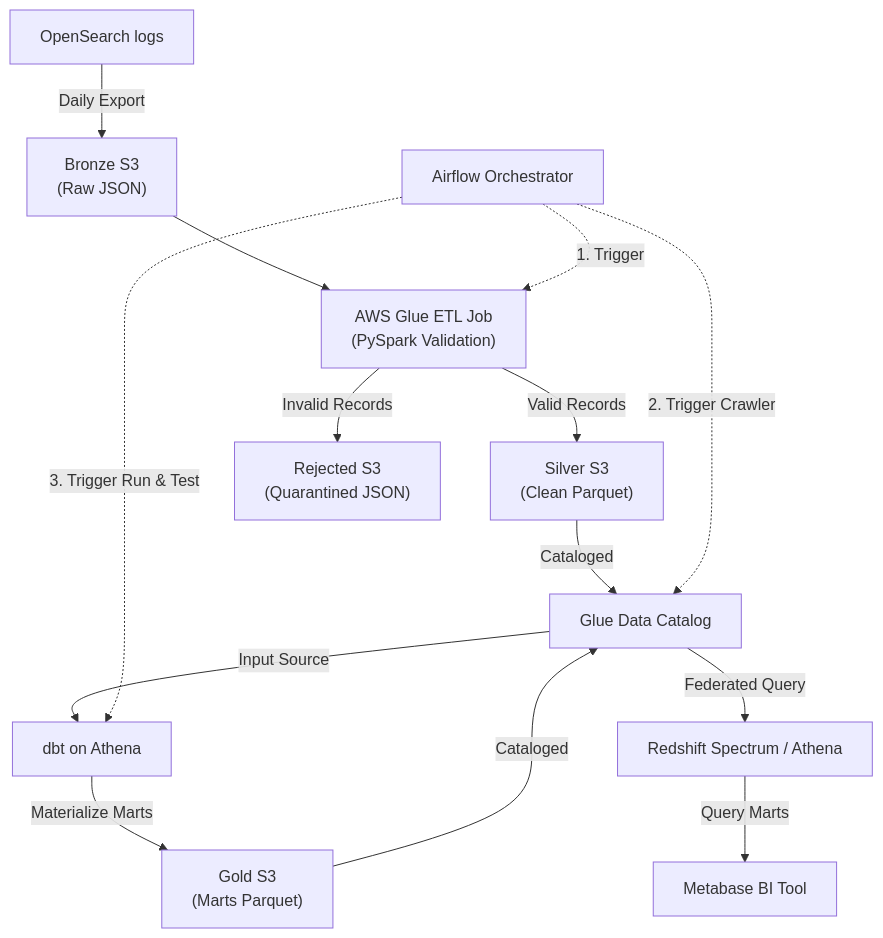
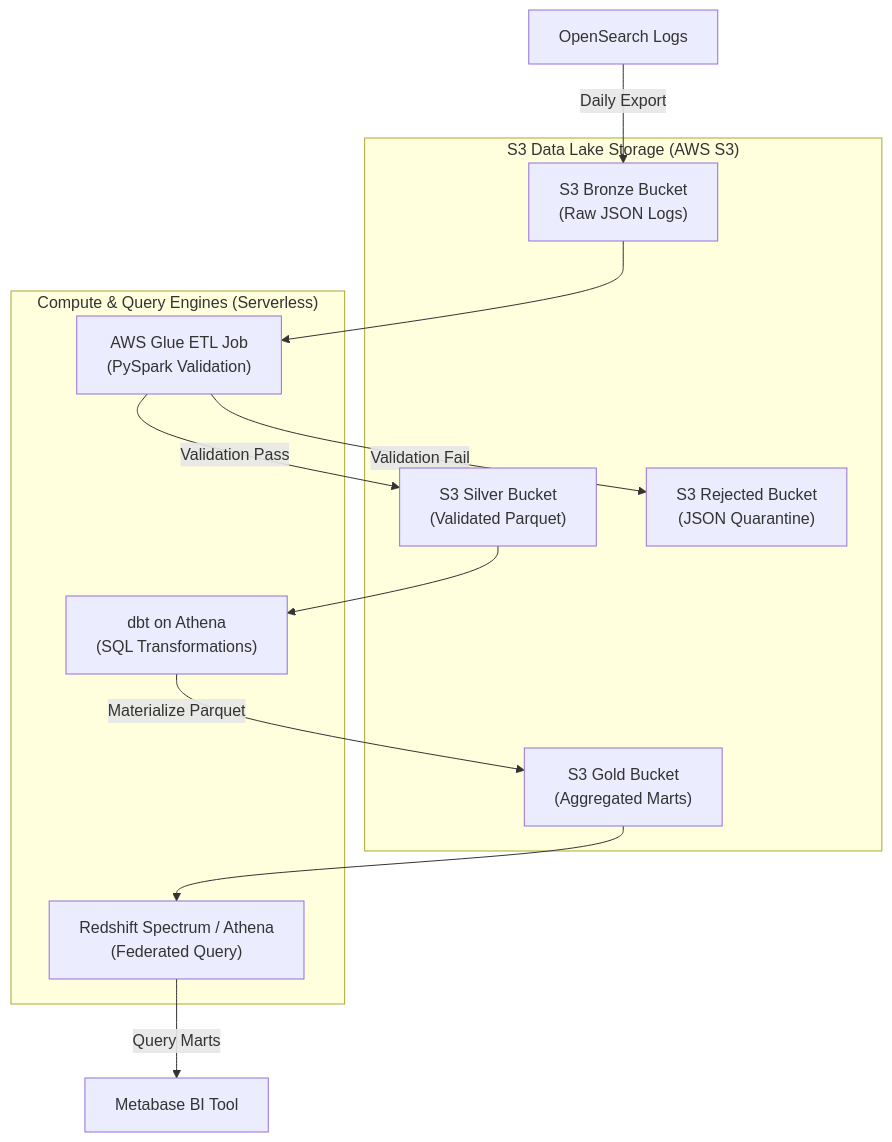
The diagram in README.md (npthinks/Studocu_poc), drawn with Mermaid before and after one commit. The commit also changed other lines of this file, not shown here.

Commit message:
Simplify Mermaid diagram to follow a strict linear top-to-bottom flow

````diff
--- a/README.md
+++ b/README.md
@@ -15,25 +15,31 @@
 ```mermaid
 graph TD
-    %% Source
-    OS["OpenSearch logs"] -->|Daily Export| Bronze["Bronze S3<br>(Raw JSON)"]
+    subgraph Storage_Layers ["S3 Data Lake Storage (AWS S3)"]
+        Bronze["S3 Bronze Bucket<br>(Raw JSON Logs)"]
+        Silver["S3 Silver Bucket<br>(Validated Parquet)"]
+        Gold["S3 Gold Bucket<br>(Aggregated Marts)"]
+        Rejected["S3 Rejected Bucket<br>(JSON Quarantine)"]
+    end
+
+    subgraph Compute_&_Query ["Compute & Query Engines (Serverless)"]
+        GlueETL["AWS Glue ETL Job<br>(PySpark Validation)"]
+        dbtAthena["dbt on Athena<br>(SQL Transformations)"]
+        QueryLayer["Redshift Spectrum / Athena<br>(Federated Query)"]
+    end
+
+    %% Ingestion to Bronze
+    OS["OpenSearch Logs"] -->|Daily Export| Bronze
     
-    %% Glue Validation
-    Bronze --> GlueETL["AWS Glue ETL Job<br>(PySpark Validation)"]
-    GlueETL -->|Valid Records| Silver["Silver S3<br>(Clean Parquet)"]
-    GlueETL -->|Invalid Records| Rejected["Rejected S3<br>(Quarantined JSON)"]
+    %% Bronze to Silver/Rejected via Glue
+    Bronze --> GlueETL
+    GlueETL -->|Validation Pass| Silver
+    GlueETL -->|Validation Fail| Rejected
     
-    %% Cataloging & dbt
-    Silver -->|Cataloged| Catalog["Glue Data Catalog"]
-    Catalog -->|Input Source| dbt["dbt on Athena"]
-    dbt -->|Materialize Marts| Gold["Gold S3<br>(Marts Parquet)"]
-    Gold -->|Cataloged| Catalog
+    %% Silver to Gold via dbt
+    Silver --> dbtAthena
+    dbtAthena -->|Materialize Parquet| Gold
     
-    %% Querying & BI
-    Catalog -->|Federated Query| Spectrum["Redshift Spectrum / Athena"]
-    Spectrum -->|Query Marts| Metabase["Metabase BI Tool"]
-    
-    %% Orchestration Control Plane (Airflow)
-    Airflow["Airflow Orchestrator"] -.->|1. Trigger| GlueETL
-    Airflow -.->|2. Trigger Crawler| Catalog
-    Airflow -.->|3. Trigger Run & Test| dbt
+    %% Gold to Consumption via Spectrum/Athena
+    Gold --> QueryLayer
+    QueryLayer -->|Query Marts| Metabase["Metabase BI Tool"]
 ```
````
